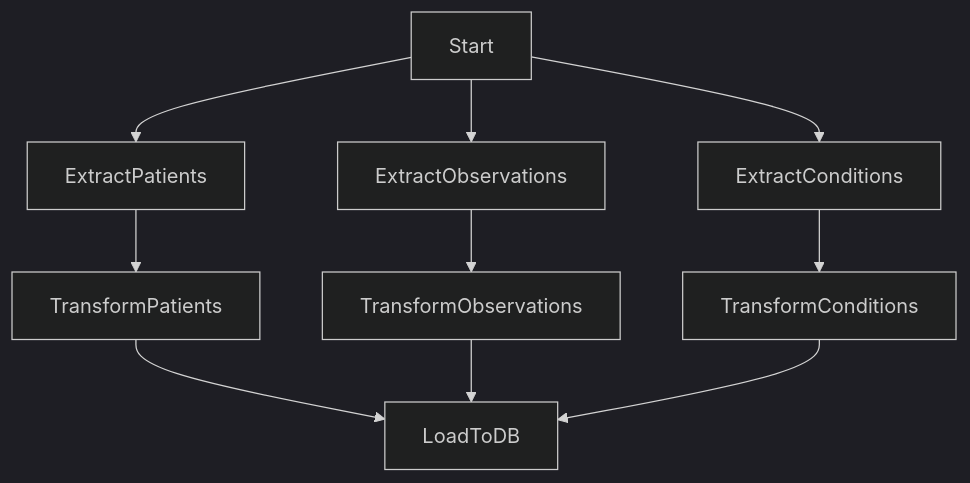
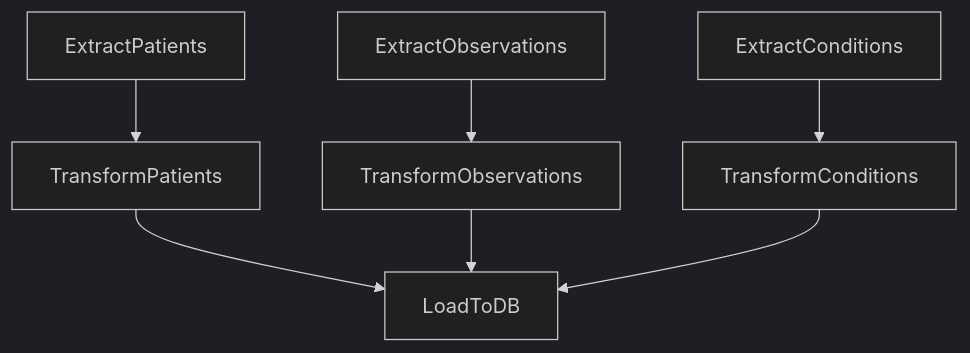
Before and after one commit to abdelmaoulagr/Healthcare_ETL: the diagram in README.md, drawn with Mermaid (dark theme). The commit also changed other lines of this file, not shown here.

````diff
--- a/README.md
+++ b/README.md
@@ -42,15 +42,12 @@
 ```mermaid
 graph TD
-    Start --> ExtractPatients
-    Start --> ExtractObservations
-    Start --> ExtractConditions
 
     ExtractPatients --> TransformPatients
     ExtractObservations --> TransformObservations
     ExtractConditions --> TransformConditions
 
     TransformPatients --> LoadToDB
     TransformObservations --> LoadToDB
     TransformConditions --> LoadToDB
 
 ```
````
